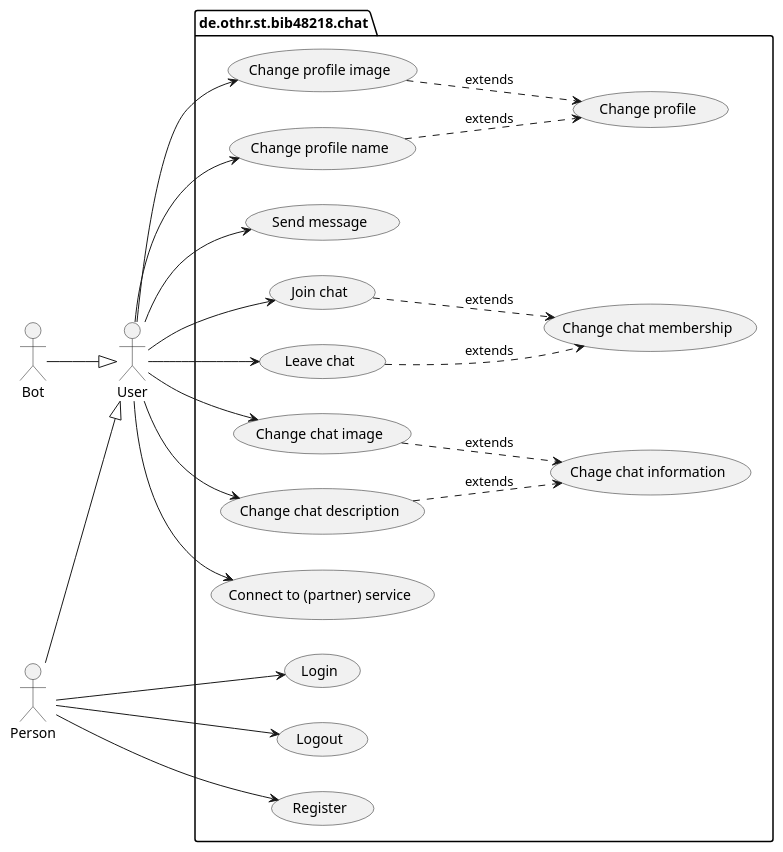
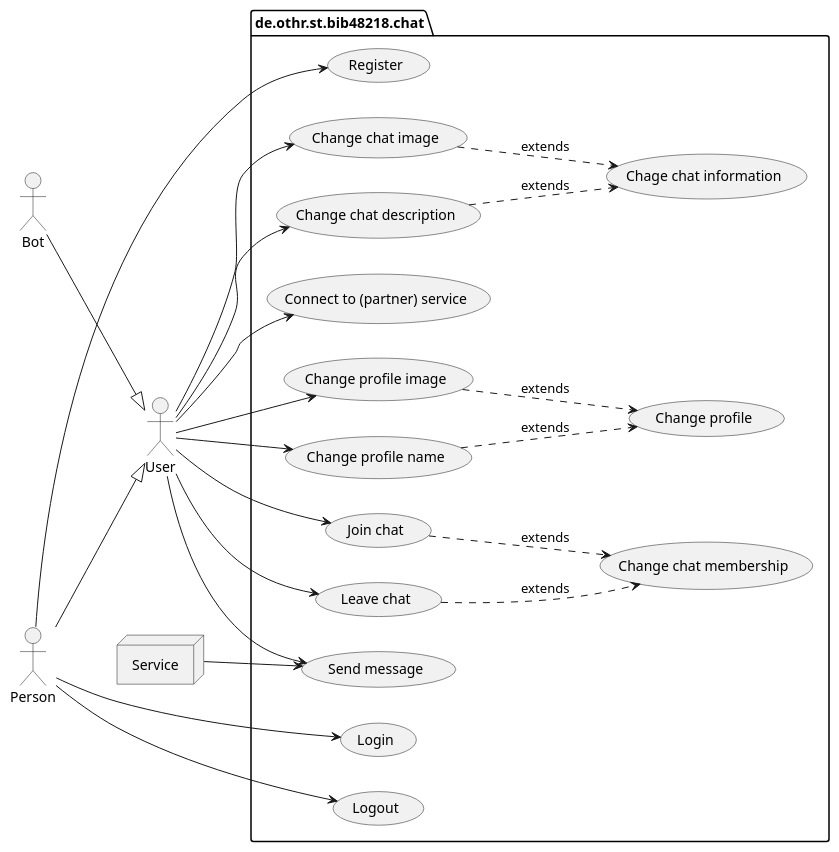
Before and after one commit to bbenno/oth-sw: the diagram in src/doc/uml-usecase.puml, drawn with PlantUML.

Commit message:
Add machine actor "Service" to UC diagram

```diff
--- a/src/doc/uml-usecase.puml
+++ b/src/doc/uml-usecase.puml
@@ -1,53 +1,55 @@
 @startuml chat-usecase
 skinparam monochrome true
 left to right direction
 
 ' actors
 actor "User" as u
 actor "Person" as p
 actor "Bot" as b
+node "Service" as s
 
 ' actor hierarchy
 p -down-|> u
 b -down-|> u
 
 ' use cases
 package "de.othr.st.bib48218.chat" {
   usecase "Login" as oUC1
   usecase "Logout" as oUC2
   usecase "Register" as oUC3
   usecase "Change profile image" as oUC4
   usecase "Change profile name" as oUC5
   usecase "Change profile" as oeUC1
   oUC4 ..> oeUC1 : extends
   oUC5 ..> oeUC1 : extends
 
   usecase "Send message" as mUC
   ' Chating use cases
   usecase "Join chat" as cUC1
   usecase "Leave chat" as cUC2
   usecase "Change chat membership" as ceUC2
   usecase "Change chat image" as cUC3
   usecase "Change chat description" as cUC4
   usecase "Chage chat information" as ceUC1
   cUC1 ..> ceUC2 : extends
   cUC2 ..> ceUC2 : extends
   cUC3 ..> ceUC1 : extends
   cUC4 ..> ceUC1 : extends
   ' Connecting to partners use cases
   usecase "Connect to (partner) service" as pUC
 }
 
 '  link actor User with use cases
 p --> oUC1
 p --> oUC2
 p --> oUC3
 u --> oUC4
 u --> oUC5
+s --> mUC
 u --> mUC
 u --> cUC1
 u --> cUC2
 u --> cUC3
 u --> cUC4
 u --> pUC
 @enduml
```
